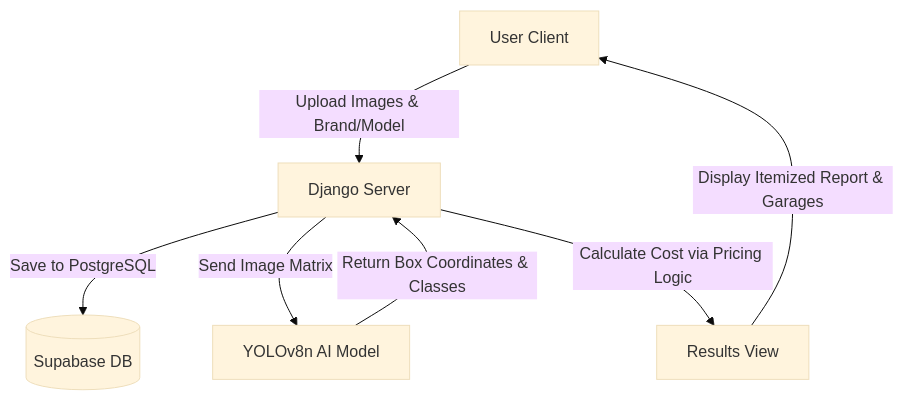
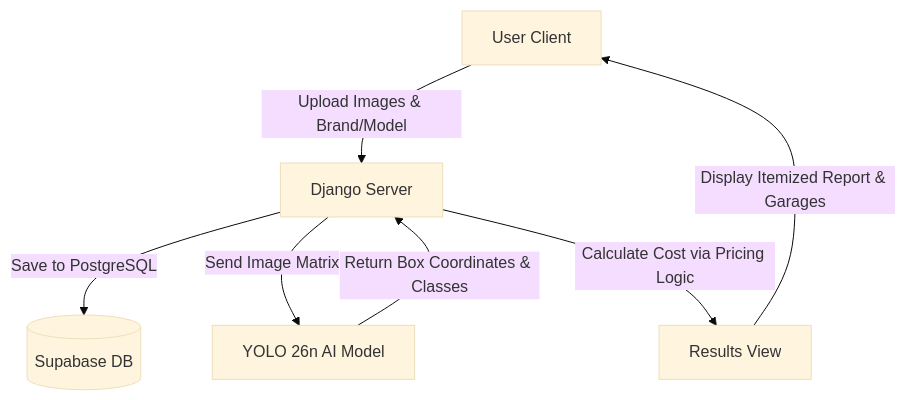
Before and after one commit to vinay-mudhiraj18/decor-damage_estimation_and_cost_of_repairs_for_cars: the diagram in README.md, drawn with Mermaid (base theme). The commit also changed other lines of this file, not shown here.

Commit message:
docs: update model version to YOLO 26n per project specification

````diff
--- a/README.md
+++ b/README.md
@@ -68,9 +68,9 @@
 ```mermaid
 graph TD
     A[User Client] -->|Upload Images & Brand/Model| B[Django Server]
     B -->|Save to PostgreSQL| C[(Supabase DB)]
-    B -->|Send Image Matrix| D[YOLOv8n AI Model]
+    B -->|Send Image Matrix| D[YOLO 26n AI Model]
     D -->|Return Box Coordinates & Classes| B
     B -->|Calculate Cost via Pricing Logic| E[Results View]
     E -->|Display Itemized Report & Garages| A
 ```
````
